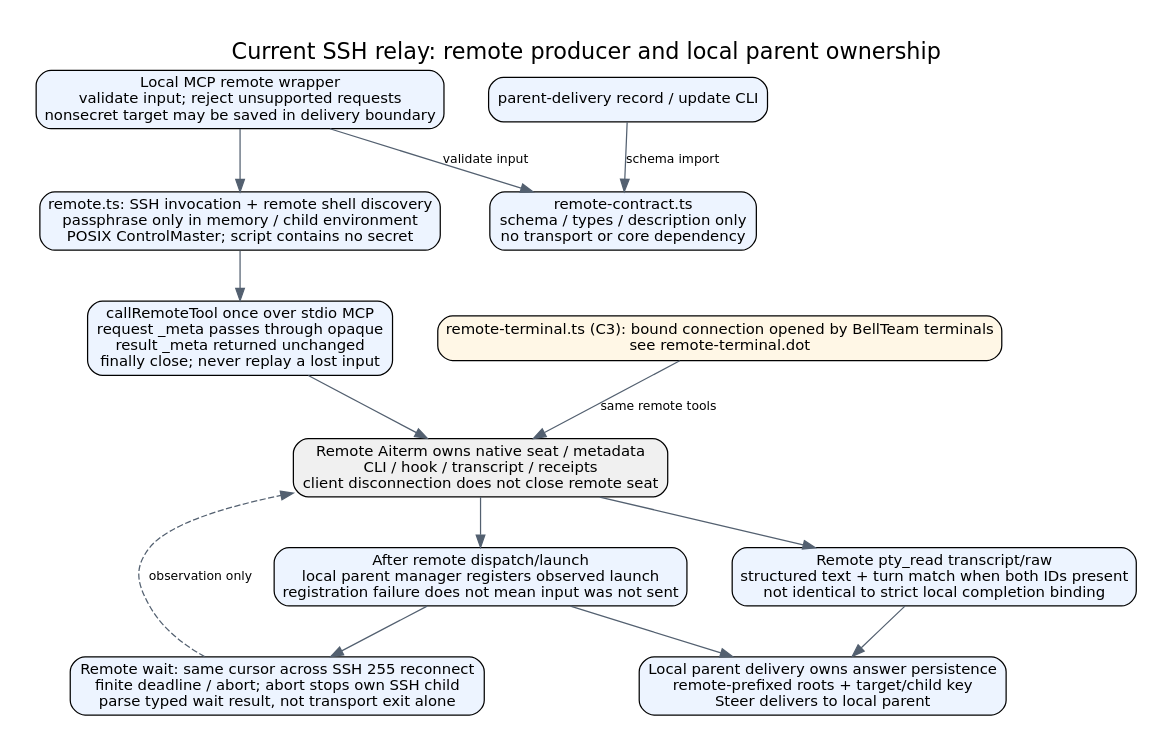
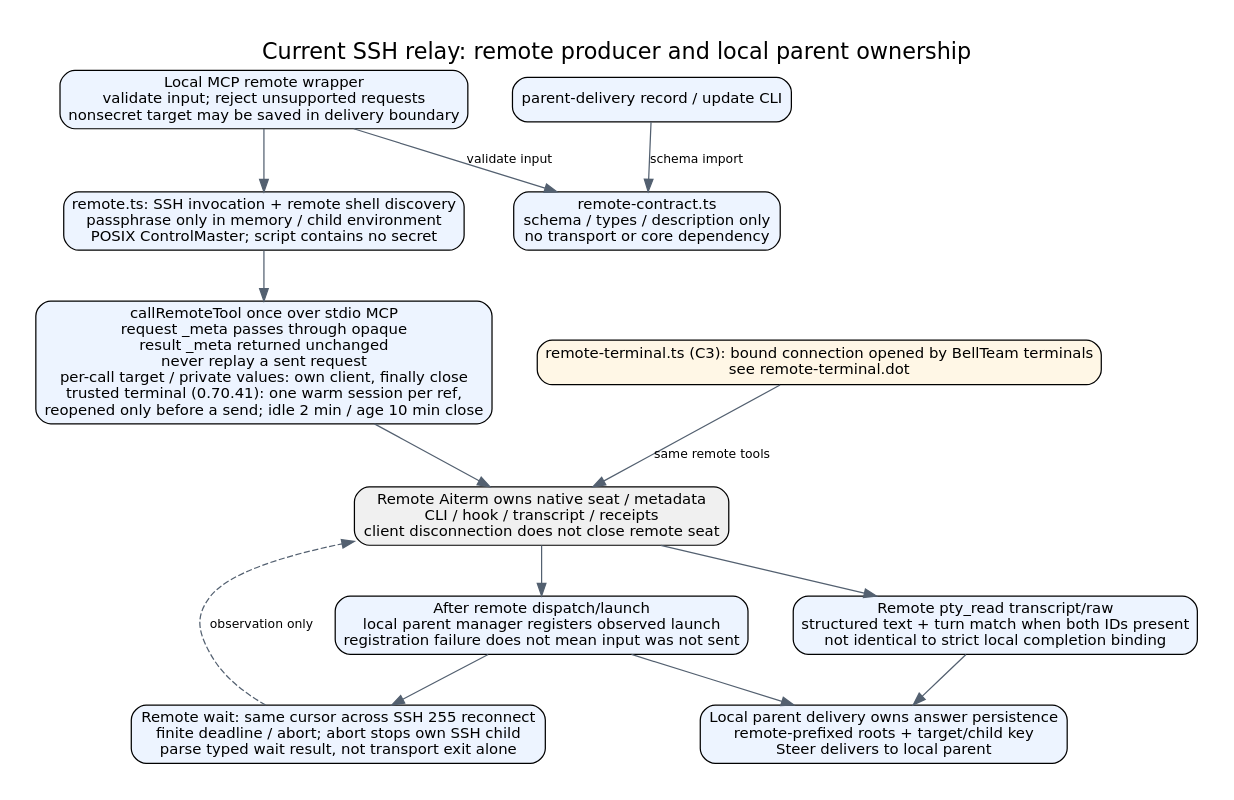
Before and after one commit to kitepon/aiterm-mcp: the diagram in docs/architecture/remote.dot, drawn with Graphviz. The commit also changed 6 other files, not shown here.

First line of the commit message:
Reuse one warm MCP session per trusted terminal for remote calls

```diff
--- a/docs/architecture/remote.dot
+++ b/docs/architecture/remote.dot
@@ -1,20 +1,20 @@
 digraph remote {
  graph [rankdir=TB,bgcolor="white",pad=0.3,nodesep=0.5,ranksep=0.55,label="Current SSH relay: remote producer and local parent ownership",labelloc=t,fontname="DejaVu Sans",fontsize=18];
  node [shape=box,style="rounded,filled",fillcolor="#edf4ff",fontname="DejaVu Sans",fontsize=12];
  edge [fontname="DejaVu Sans",fontsize=10,color="#536070"];
  ingress [label="Local MCP remote wrapper\nvalidate input; reject unsupported requests\nnonsecret target may be saved in delivery boundary"];
  ssh [label="remote.ts: SSH invocation + remote shell discovery\npassphrase only in memory / child environment\nPOSIX ControlMaster; script contains no secret"];
- call [label="callRemoteTool once over stdio MCP\nrequest _meta passes through opaque\nresult _meta returned unchanged\nfinally close; never replay a lost input"];
+ call [label="callRemoteTool once over stdio MCP\nrequest _meta passes through opaque\nresult _meta returned unchanged\nnever replay a sent request\nper-call target / private values: own client, finally close\ntrusted terminal (0.70.41): one warm session per ref,\nreopened only before a send; idle 2 min / age 10 min close"];
  producer [label="Remote Aiterm owns native seat / metadata\nCLI / hook / transcript / receipts\nclient disconnection does not close remote seat",fillcolor="#f0f0f0"];
  bind [label="After remote dispatch/launch\nlocal parent manager registers observed launch\nregistration failure does not mean input was not sent"];
  wait [label="Remote wait: same cursor across SSH 255 reconnect\nfinite deadline / abort; abort stops own SSH child\nparse typed wait result, not transport exit alone"];
  answer [label="Remote pty_read transcript/raw\nstructured text + turn match when both IDs present\nnot identical to strict local completion binding"];
  parent [label="Local parent delivery owns answer persistence\nremote-prefixed roots + target/child key\nSteer delivers to local parent"];
  contract [label="remote-contract.ts\nschema / types / description only\nno transport or core dependency"];
  record [label="parent-delivery record / update CLI"];
  bound [label="remote-terminal.ts (C3): bound connection opened by BellTeam terminals\nsee remote-terminal.dot",fillcolor="#fff7e6"];
  bound -> producer [label="same remote tools"];
  record -> contract [label="schema import"];
  ingress -> contract [label="validate input"];
  ingress -> ssh;ssh -> call;call -> producer;producer -> bind;bind -> wait;wait -> producer [style=dashed,label="observation only"];producer -> answer;answer -> parent;bind -> parent;
 }
```
